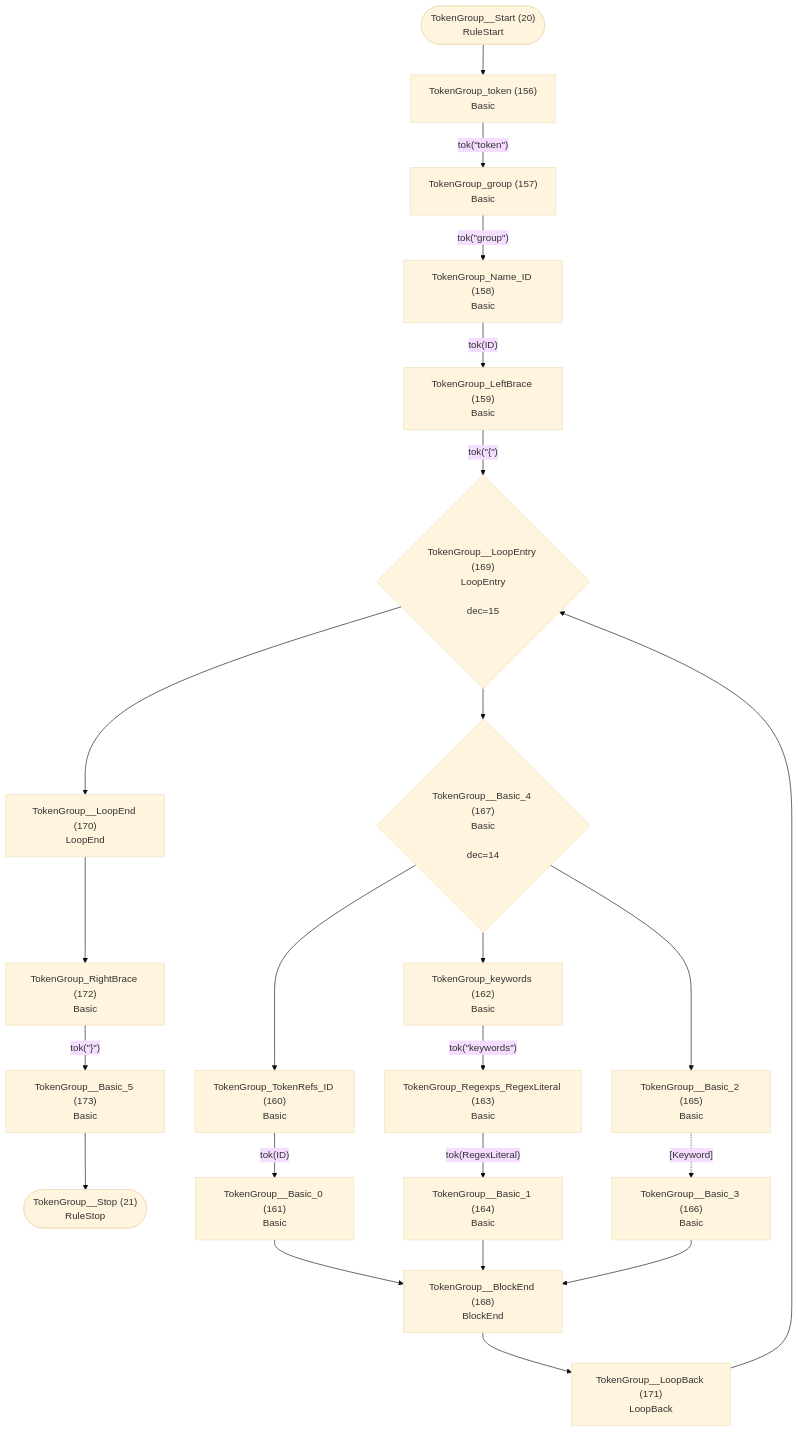
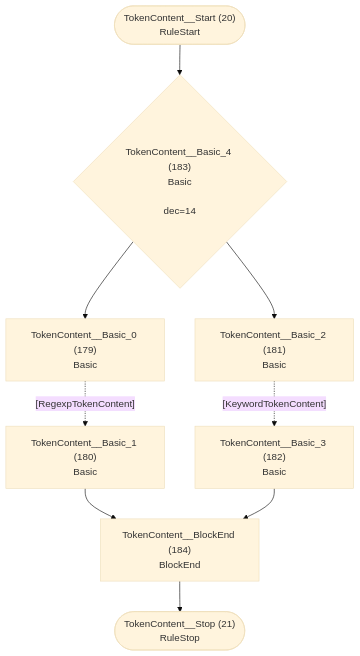
Diagram 11 of 40 in internal/grammar/atn.md (TypeFox/fastbelt), drawn with Mermaid (base theme) before and after one commit. The commit also changed other lines of this file and 84 other files, not shown here.

````diff
--- a/internal/grammar/atn.md
+++ b/internal/grammar/atn.md
@@ -322,46 +325,20 @@
 ```mermaid
 flowchart TD
-    q20(["TokenGroup__Start (20)<br/>RuleStart"])
-    q21(["TokenGroup__Stop (21)<br/>RuleStop"])
-    q156["TokenGroup_token (156)<br/>Basic<br/>"]
-    q157["TokenGroup_group (157)<br/>Basic<br/>"]
-    q158["TokenGroup_Name_ID (158)<br/>Basic<br/>"]
-    q159["TokenGroup_LeftBrace (159)<br/>Basic<br/>"]
-    q160["TokenGroup_TokenRefs_ID (160)<br/>Basic<br/>"]
-    q161["TokenGroup__Basic_0 (161)<br/>Basic<br/>"]
-    q162["TokenGroup_keywords (162)<br/>Basic<br/>"]
-    q163["TokenGroup_Regexps_RegexLiteral (163)<br/>Basic<br/>"]
-    q164["TokenGroup__Basic_1 (164)<br/>Basic<br/>"]
-    q165["TokenGroup__Basic_2 (165)<br/>Basic<br/>"]
-    q166["TokenGroup__Basic_3 (166)<br/>Basic<br/>"]
-    q167{"TokenGroup__Basic_4 (167)<br/>Basic<br/><br/>dec=14"}
-    q168["TokenGroup__BlockEnd (168)<br/>BlockEnd<br/>"]
-    q169{"TokenGroup__LoopEntry (169)<br/>LoopEntry<br/><br/>dec=15"}
-    q170["TokenGroup__LoopEnd (170)<br/>LoopEnd<br/>"]
-    q171["TokenGroup__LoopBack (171)<br/>LoopBack<br/>"]
-    q172["TokenGroup_RightBrace (172)<br/>Basic<br/>"]
-    q173["TokenGroup__Basic_5 (173)<br/>Basic<br/>"]
+    q20(["TokenContent__Start (20)<br/>RuleStart"])
+    q21(["TokenContent__Stop (21)<br/>RuleStop"])
+    q179["TokenContent__Basic_0 (179)<br/>Basic<br/>"]
+    q180["TokenContent__Basic_1 (180)<br/>Basic<br/>"]
+    q181["TokenContent__Basic_2 (181)<br/>Basic<br/>"]
+    q182["TokenContent__Basic_3 (182)<br/>Basic<br/>"]
+    q183{"TokenContent__Basic_4 (183)<br/>Basic<br/><br/>dec=14"}
+    q184["TokenContent__BlockEnd (184)<br/>BlockEnd<br/>"]
 
-    q20 --> q156
-    q156 -->|"tok(&quot;token&quot;)"| q157
-    q157 -->|"tok(&quot;group&quot;)"| q158
-    q158 -->|"tok(ID)"| q159
-    q159 -->|"tok(&quot;{&quot;)"| q169
-    q160 -->|"tok(ID)"| q161
-    q161 --> q168
-    q162 -->|"tok(&quot;keywords&quot;)"| q163
-    q163 -->|"tok(RegexLiteral)"| q164
-    q164 --> q168
-    q165 -.->|"[Keyword]"| q166
-    q166 --> q168
-    q167 --> q160
-    q167 --> q162
-    q167 --> q165
-    q168 --> q171
-    q169 --> q167
-    q169 --> q170
-    q170 --> q172
-    q171 --> q169
-    q172 -->|"tok(&quot;}&quot;)"| q173
-    q173 --> q21
+    q20 --> q183
+    q179 -.->|"[RegexpTokenContent]"| q180
+    q180 --> q184
+    q181 -.->|"[KeywordTokenContent]"| q182
+    q182 --> q184
+    q183 --> q179
+    q183 --> q181
+    q184 --> q21
 ```
````
